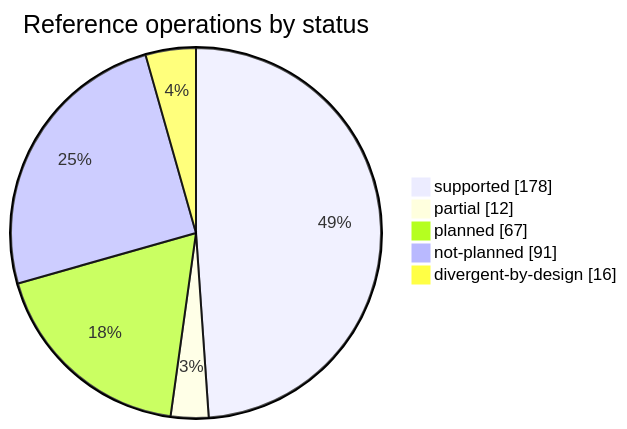
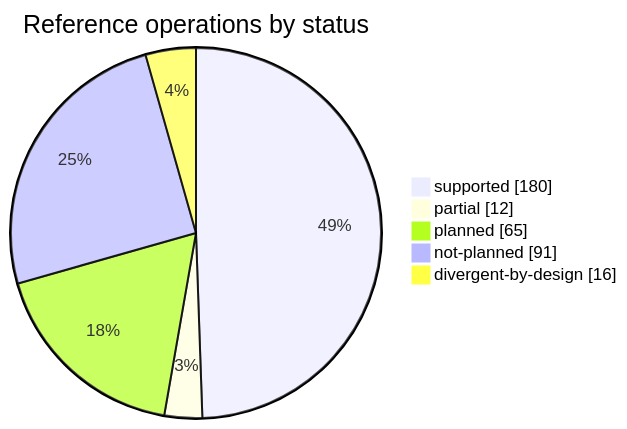
The first of 2 diagrams in docs/COVERAGE.md (rafaelvieiras/tinyfin), drawn with Mermaid before and after one commit. The commit also changed other lines of this file and 19 other files, not shown here.

````diff
--- a/docs/COVERAGE.md
+++ b/docs/COVERAGE.md
@@ -32,8 +32,8 @@
 ```mermaid
 pie showData title Reference operations by status
-    "supported" : 178
+    "supported" : 180
     "partial" : 12
-    "planned" : 67
+    "planned" : 65
     "not-planned" : 91
     "divergent-by-design" : 16
 ```
````
